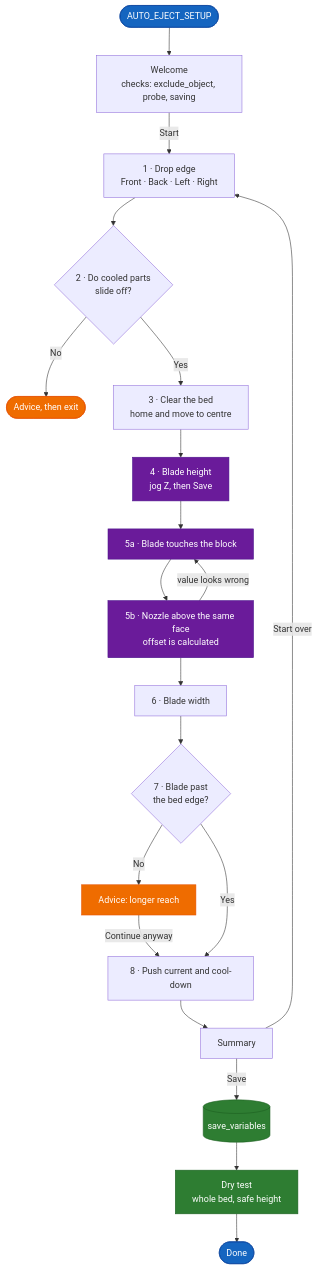
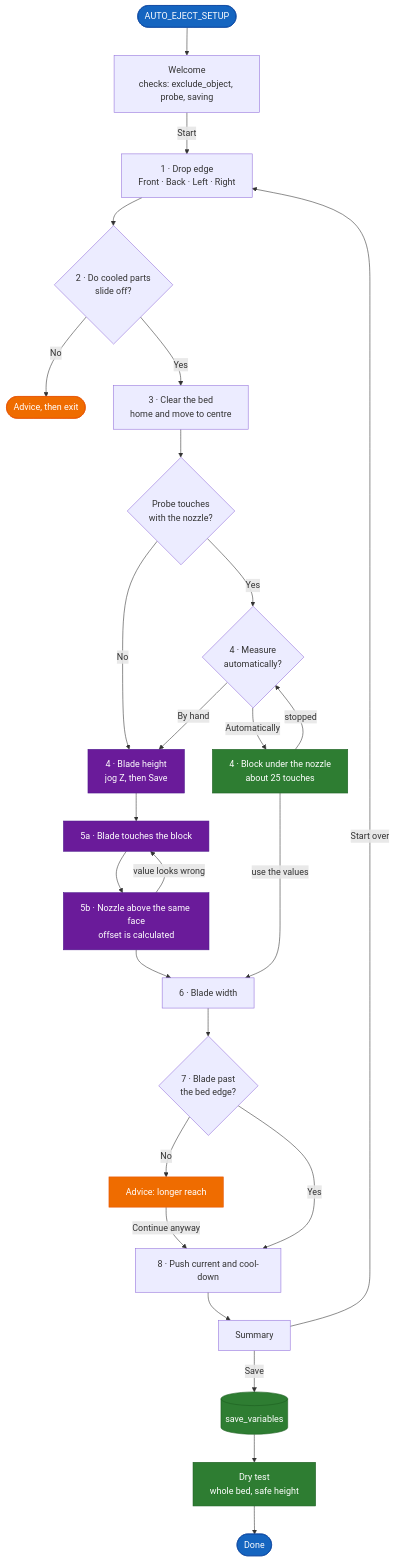
The diagram in docs/setup-wizard.md (ahmedbebars/klipper-auto-eject), drawn with Mermaid before and after one commit. The commit also changed other lines of this file and 11 other files, not shown here.

First line of the commit message:
Measure the blade automatically with a nozzle probe

````diff
--- a/docs/setup-wizard.md
+++ b/docs/setup-wizard.md
@@ -21,31 +23,38 @@
 ```mermaid
 flowchart TD
     S(["AUTO_EJECT_SETUP"]) --> W["Welcome<br/>checks: exclude_object, probe, saving"]
     W -- "Start" --> D["1 · Drop edge<br/>Front · Back · Left · Right"]
     D --> B{"2 · Do cooled parts<br/>slide off?"}
     B -- "No" --> X(["Advice, then exit"])
     B -- "Yes" --> P["3 · Clear the bed<br/>home and move to centre"]
-    P --> H["4 · Blade height<br/>jog Z, then Save"]
-    H --> O1["5a · Blade touches the block"]
+    P --> N{"Probe touches<br/>with the nozzle?"}
+    N -- "No" --> H
+    N -- "Yes" --> M{"4 · Measure<br/>automatically?"}
+    M -- "By hand" --> H
+    M -- "Automatically" --> A["4 · Block under the nozzle<br/>about 25 touches"]
+    A -- "use the values" --> WD
+    A -- "stopped" --> M
+    H["4 · Blade height<br/>jog Z, then Save"] --> O1["5a · Blade touches the block"]
     O1 --> O2["5b · Nozzle above the same face<br/>offset is calculated"]
     O2 -- "value looks wrong" --> O1
     O2 --> WD["6 · Blade width"]
     WD --> E{"7 · Blade past<br/>the bed edge?"}
     E -- "No" --> EN["Advice: longer reach"]
     EN -- "Continue anyway" --> C
     E -- "Yes" --> C["8 · Push current and cool-down"]
     C --> SUM["Summary"]
     SUM -- "Start over" --> D
     SUM -- "Save" --> SV[("save_variables")]
     SV --> T["Dry test<br/>whole bed, safe height"]
     T --> DONE(["Done"])
 
     classDef start fill:#1565c0,stroke:#0d47a1,color:#ffffff
     classDef measure fill:#6a1b9a,stroke:#4a148c,color:#ffffff
     classDef ok fill:#2e7d32,stroke:#1b5e20,color:#ffffff
     classDef warn fill:#ef6c00,stroke:#e65100,color:#ffffff
     class S,DONE start
     class H,O1,O2 measure
+    class A ok
     class SV,T ok
     class X,EN warn
 ```
````
